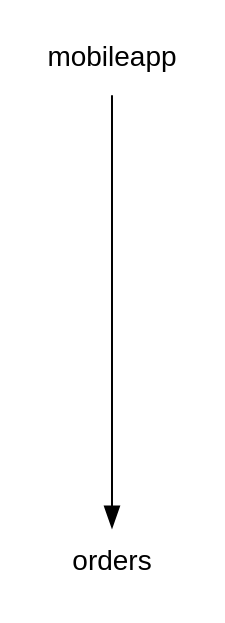
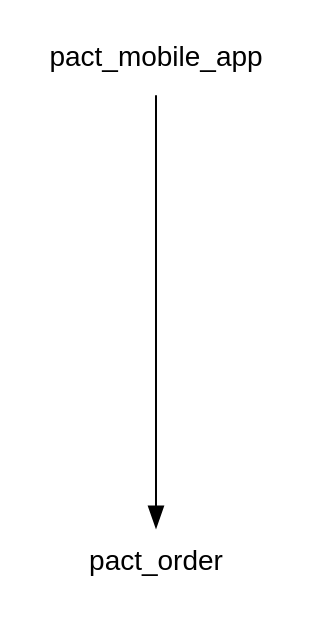
The diagram in latest.dot (nathandeamer/pact-order), drawn with Graphviz before and after one commit. The commit also changed 5 other files, not shown here.

Commit message:
pact-mobile-app and pact-order

```diff
--- a/latest.dot
+++ b/latest.dot
@@ -1,3 +1,3 @@
 digraph { ranksep=3; ratio=auto; overlap=false; node [  shape = plaintext, fontname = Helvetica ];
-mobileapp->orders
+pact_mobile_app->pact_order
 }
```
